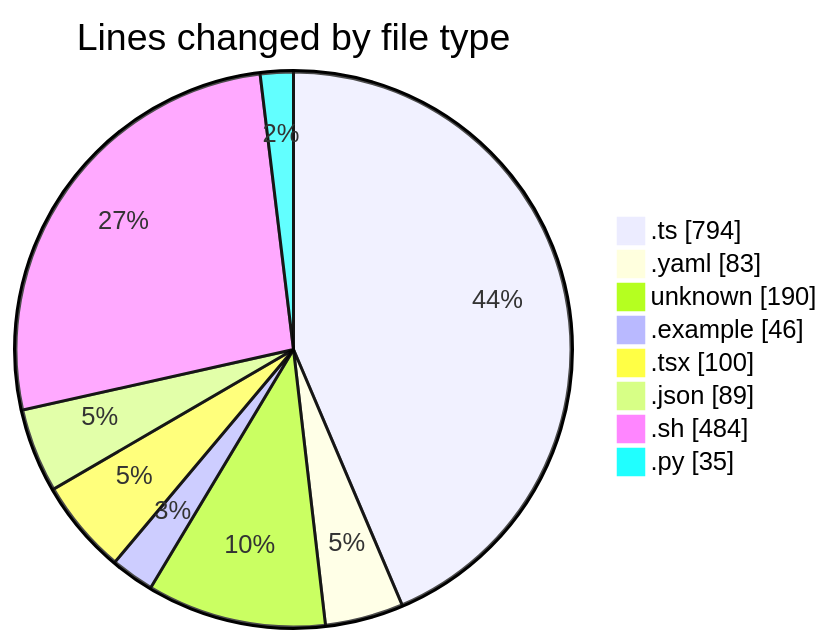
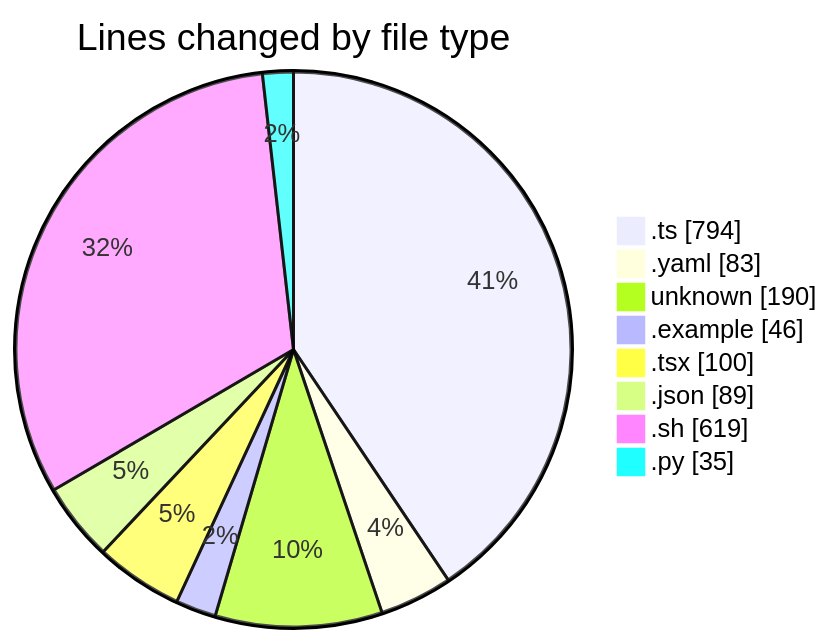
Before and after one commit to mevix1/code-tracking: the first of 2 diagrams in 2025-10-01/open-health/README.md, drawn with Mermaid. The commit also changed other lines of this file and 1 other file, not shown here.

````diff
--- a/2025-10-01/open-health/README.md
+++ b/2025-10-01/open-health/README.md
@@ -46,12 +49,12 @@
 ```mermaid
 pie showData
 title Lines changed by file type
 ".ts" : 794
 ".yaml" : 83
 "unknown" : 190
 ".example" : 46
 ".tsx" : 100
 ".json" : 89
-".sh" : 484
+".sh" : 619
 ".py" : 35
 ```
````
